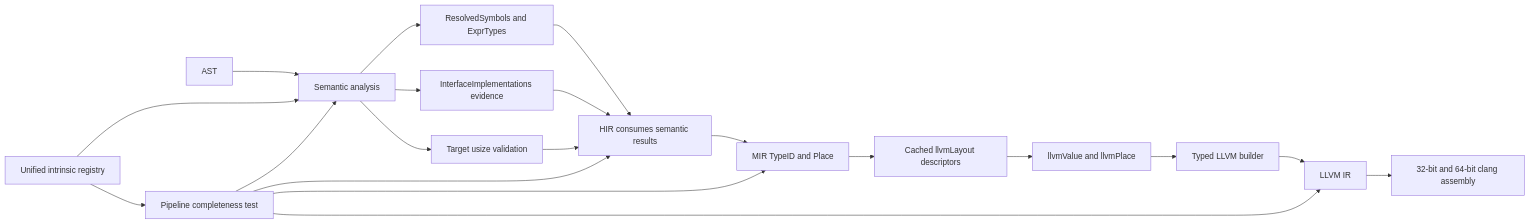
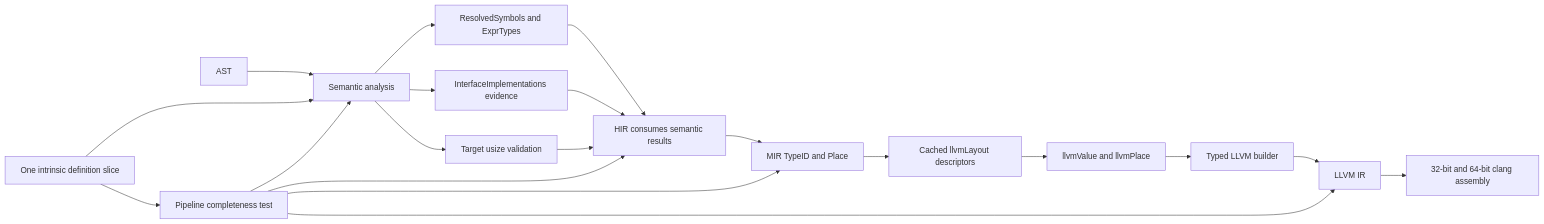
The second of 3 diagrams in README.md (PeeperLanguage/compiler), drawn with Mermaid before and after one commit. The commit also changed other lines of this file and 50 other files, not shown here.

````diff
--- a/README.md
+++ b/README.md
@@ -62,26 +62,26 @@
 ```mermaid
 flowchart LR
     AST[AST] --> SEM[Semantic analysis]
 
-    REG[Unified intrinsic registry] --> SEM
+    REG[One intrinsic definition slice] --> SEM
     SEM --> RS[ResolvedSymbols and ExprTypes]
     SEM --> IE[InterfaceImplementations evidence]
     SEM --> TV[Target usize validation]
 
     RS --> HIR[HIR consumes semantic results]
     IE --> HIR
     TV --> HIR
     HIR --> MIR[MIR TypeID and Place]
 
     MIR --> LAYOUT[Cached llvmLayout descriptors]
     LAYOUT --> VALUE[llvmValue and llvmPlace]
     VALUE --> BUILDER[Typed LLVM builder]
     BUILDER --> LLVM[LLVM IR]
     LLVM --> TARGETS[32-bit and 64-bit clang assembly]
 
     REG --> COMPLETE[Pipeline completeness test]
     COMPLETE --> SEM
     COMPLETE --> HIR
     COMPLETE --> MIR
     COMPLETE --> LLVM
 ```
````
